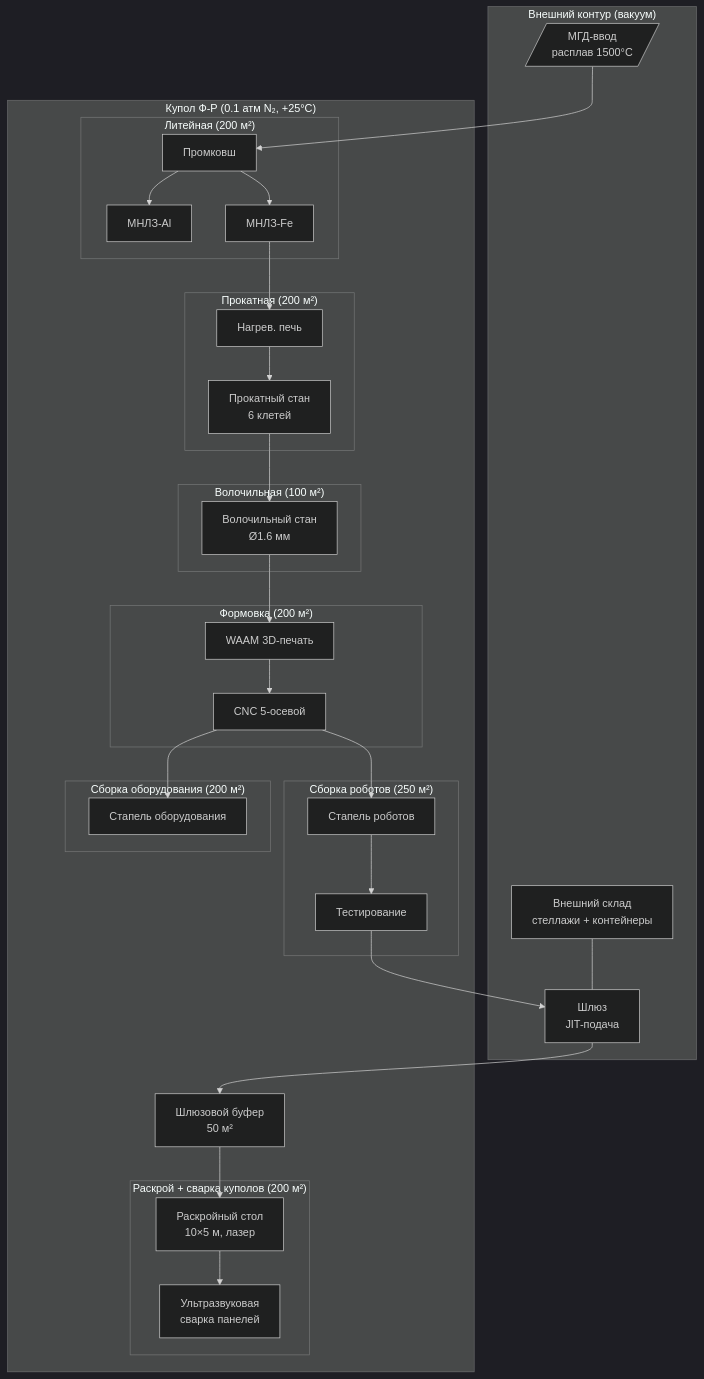
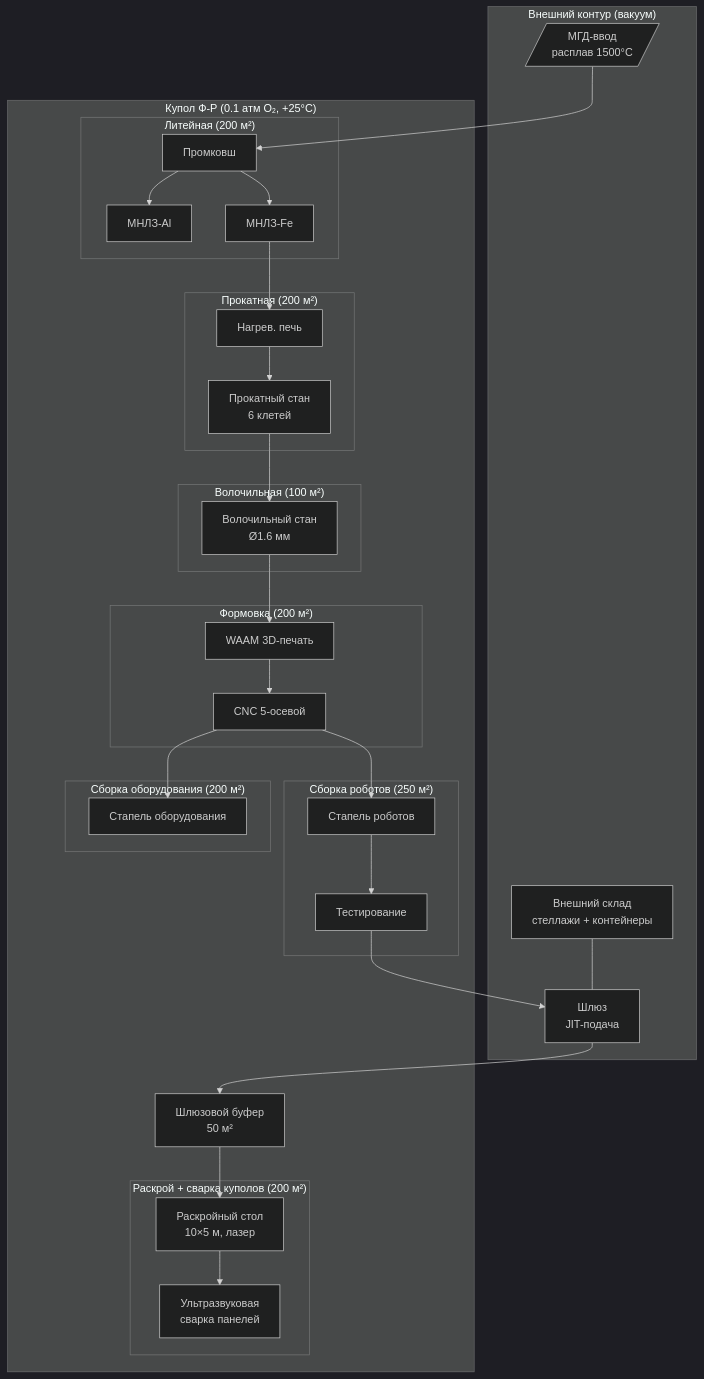
Before and after one commit to DmitryNasikanov/infinite-energy: the first of 3 diagrams in ru/science/detailed/production/factories/overview.qmd, drawn with Mermaid (dark theme). The commit also changed other lines of this file and 71 other files, not shown here.

````diff
--- a/ru/science/detailed/production/factories/overview.qmd
+++ b/ru/science/detailed/production/factories/overview.qmd
@@ -84,56 +84,56 @@
 ```{mermaid}
 flowchart TD
     subgraph EXTERNAL["Внешний контур (вакуум)"]
         MHD[/"МГД-ввод<br/>расплав 1500°C"/]
         LOCK["Шлюз<br/>JIT-подача"]
         STORAGE["Внешний склад<br/>стеллажи + контейнеры"]
     end
 
-    subgraph DOME["Купол Ф-Р (0.1 атм N₂, +25°C)"]
+    subgraph DOME["Купол Ф-Р (0.1 атм O₂, +25°C)"]
         subgraph CASTING["Литейная (200 м²)"]
             TUNDISH["Промковш"]
             MNLZ_AL["МНЛЗ-Al"]
             MNLZ_FE["МНЛЗ-Fe"]
         end
 
         subgraph ROLLING["Прокатная (200 м²)"]
             FURNACE["Нагрев. печь"]
             MILL["Прокатный стан<br/>6 клетей"]
         end
 
         subgraph WIREDRAW["Волочильная (100 м²)"]
             WIRE["Волочильный стан<br/>Ø1.6 мм"]
         end
 
         subgraph FORMING["Формовка (200 м²)"]
             WAAM["WAAM 3D-печать"]
             CNC["CNC 5-осевой"]
         end
 
         subgraph ROBOTS["Сборка роботов (250 м²)"]
             STAP_R["Стапель роботов"]
             TEST_R["Тестирование"]
         end
 
         subgraph DOMES["Раскрой + сварка куполов (200 м²)"]
             CUT["Раскройный стол<br/>10×5 м, лазер"]
             WELD["Ультразвуковая<br/>сварка панелей"]
         end
 
         subgraph EQUIP["Сборка оборудования (200 м²)"]
             STAP_E["Стапель оборудования"]
         end
 
         BUFFER["Шлюзовой буфер<br/>50 м²"]
     end
 
     MHD --> TUNDISH
     TUNDISH --> MNLZ_AL & MNLZ_FE
     MNLZ_FE --> FURNACE --> MILL
     MILL --> WIRE --> WAAM --> CNC
     CNC --> STAP_R & STAP_E
     LOCK --> BUFFER
     BUFFER --> CUT --> WELD
     STAP_R --> TEST_R --> LOCK
     STORAGE --- LOCK
 ```
````
